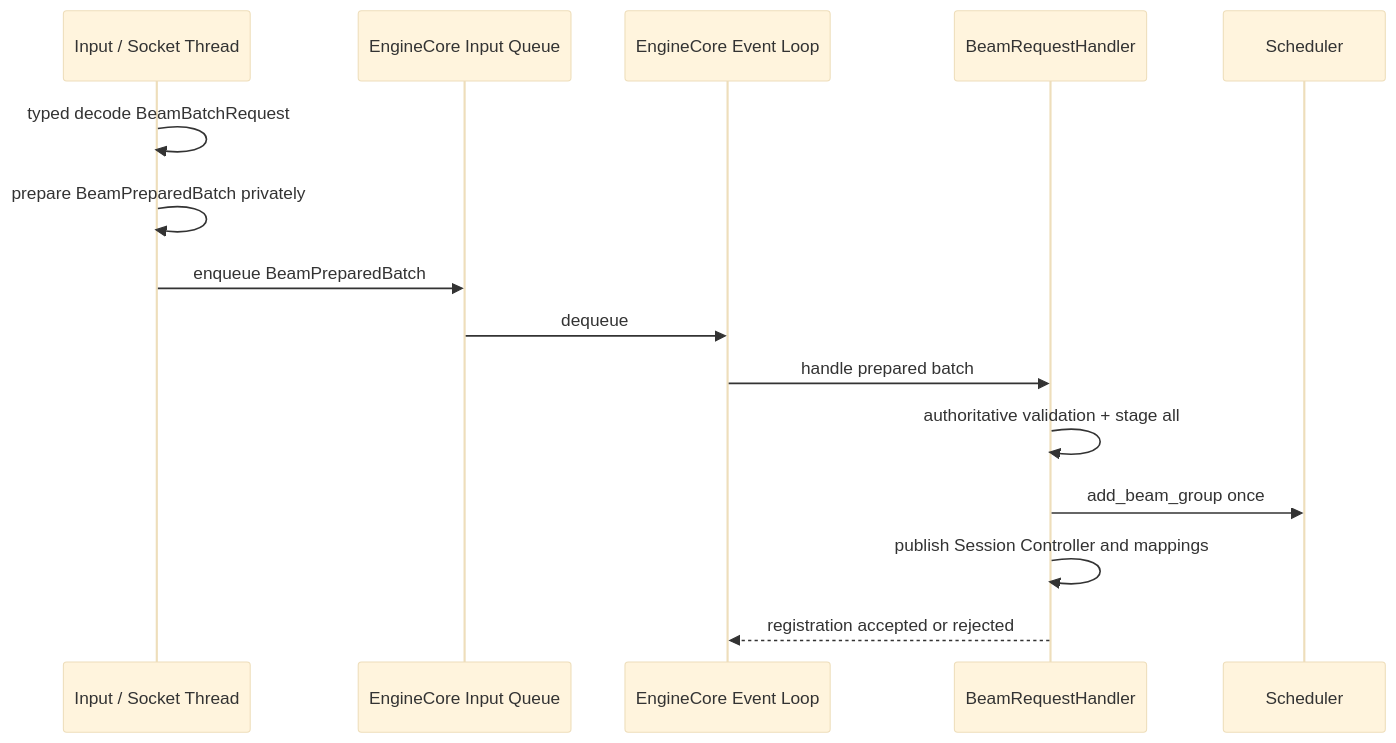
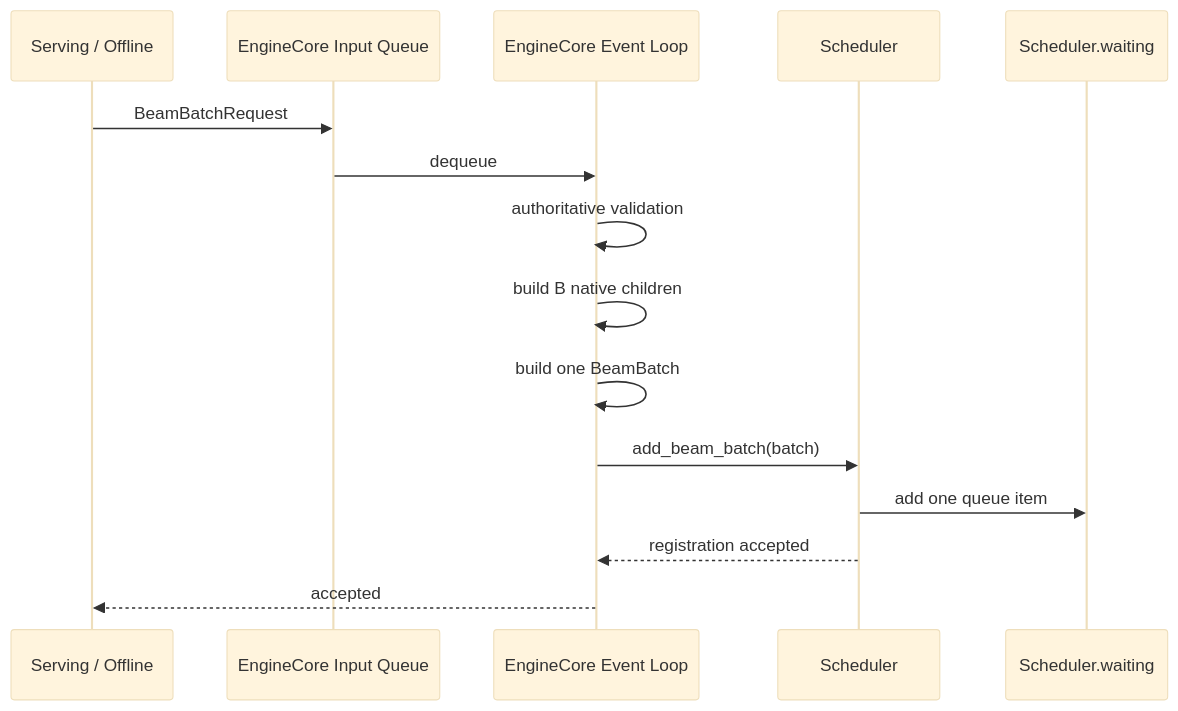
Before and after one commit to zhanghanleo10/gr-related: the third of 9 diagrams in vllm-GR/enginecore_to_scheduler_beam_scheduling_design.md, drawn with Mermaid (base theme). The commit also changed other lines of this file, not shown here.

Commit message:
docs: simplify Beam Batch scheduling

````diff
--- a/vllm-GR/enginecore_to_scheduler_beam_scheduling_design.md
+++ b/vllm-GR/enginecore_to_scheduler_beam_scheduling_design.md
@@ -205,18 +358,18 @@
 ```mermaid
 sequenceDiagram
-    participant I as Input / Socket Thread
+    participant F as Serving / Offline
     participant Q as EngineCore Input Queue
     participant E as EngineCore Event Loop
-    participant H as BeamRequestHandler
     participant S as Scheduler
+    participant W as Scheduler.waiting
 
-    I->>I: typed decode BeamBatchRequest
-    I->>I: prepare BeamPreparedBatch privately
-    I->>Q: enqueue BeamPreparedBatch
+    F->>Q: BeamBatchRequest
     Q->>E: dequeue
-    E->>H: handle prepared batch
-    H->>H: authoritative validation + stage all
-    H->>S: add_beam_group once
-    H->>H: publish Session Controller and mappings
-    H-->>E: registration accepted or rejected
+    E->>E: authoritative validation
+    E->>E: build B native children
+    E->>E: build one BeamBatch
+    E->>S: add_beam_batch(batch)
+    S->>W: add one queue item
+    S-->>E: registration accepted
+    E-->>F: accepted
 ```
````
